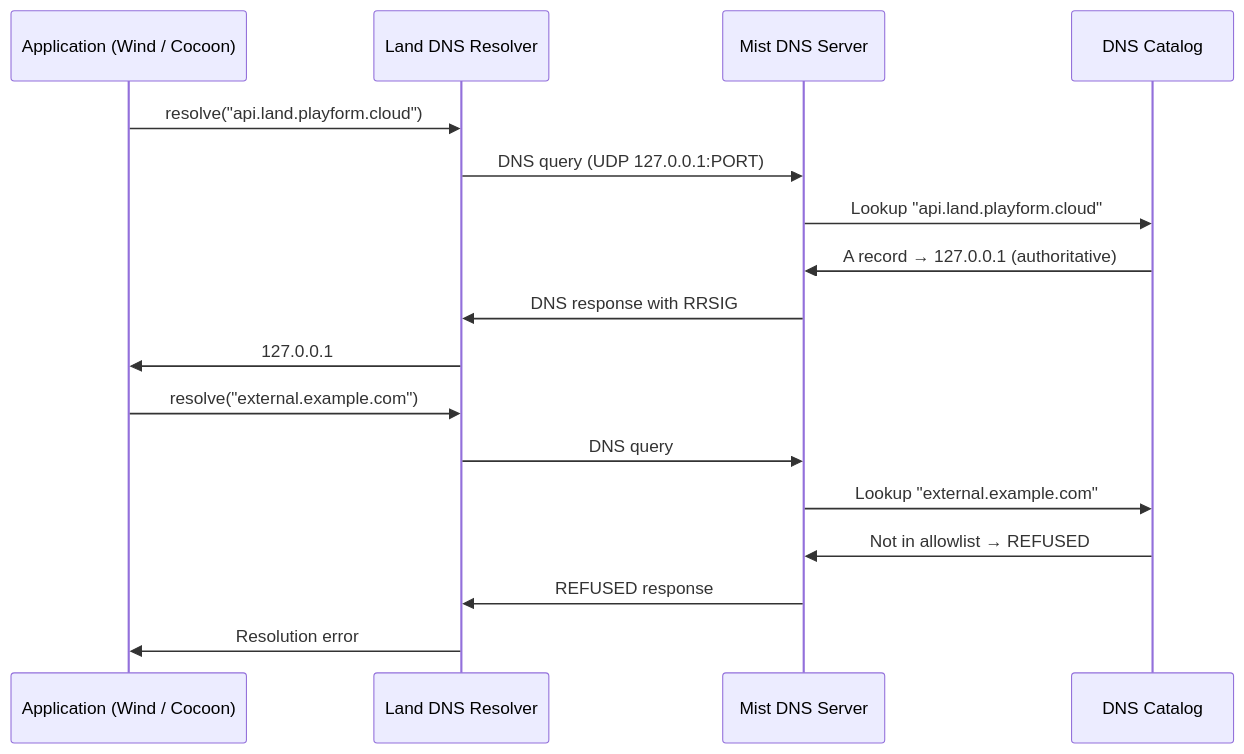
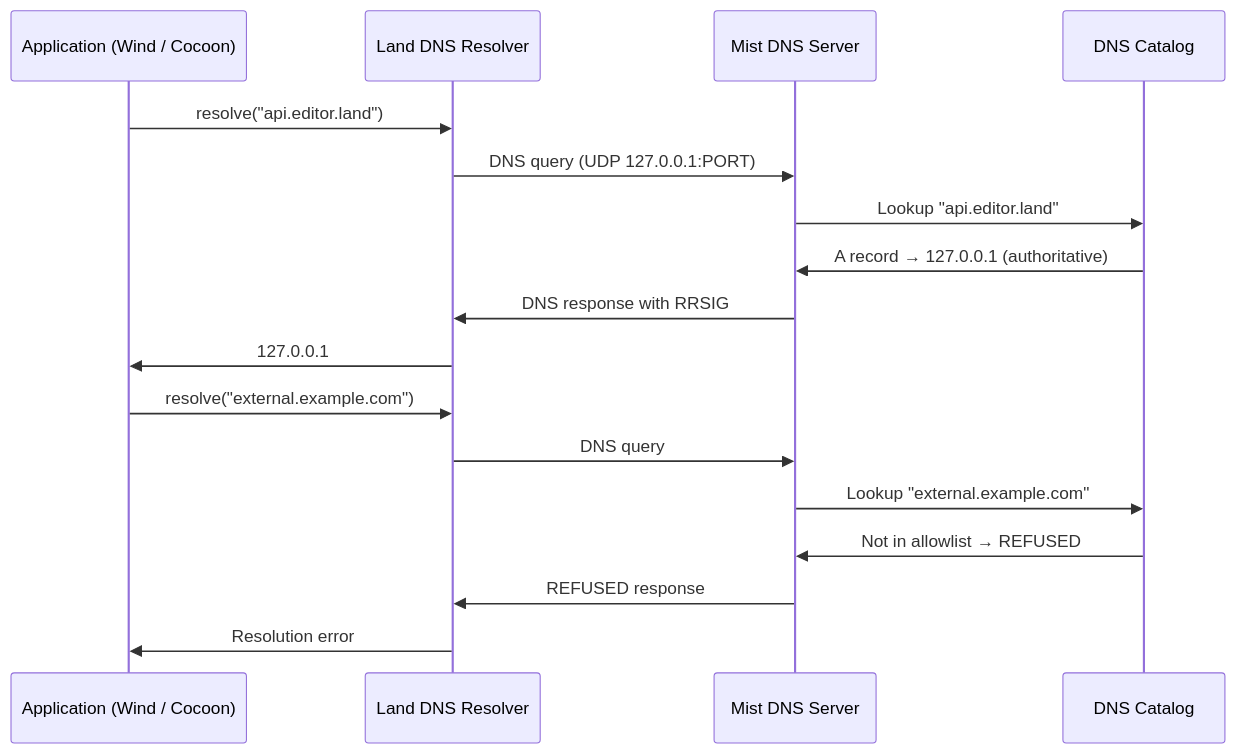
The second of 2 diagrams in Documentation/GitHub/DeepDive.md (CodeEditorLand/Mist), drawn with Mermaid before and after one commit. The commit also changed other lines of this file and 7 other files, not shown here.

First line of the commit message:
fix(Mist): Reconcile domain references with active land.playform.cloud

````diff
--- a/Documentation/GitHub/DeepDive.md
+++ b/Documentation/GitHub/DeepDive.md
@@ -69,21 +72,21 @@
 ```mermaid
 sequenceDiagram
     participant App as Application (Wind / Cocoon)
     participant Resolver as Land DNS Resolver
     participant MistServer as Mist DNS Server
     participant Catalog as DNS Catalog
 
-    App->>Resolver: resolve("api.land.playform.cloud")
+    App->>Resolver: resolve("api.editor.land")
     Resolver->>MistServer: DNS query (UDP 127.0.0.1:PORT)
-    MistServer->>Catalog: Lookup "api.land.playform.cloud"
+    MistServer->>Catalog: Lookup "api.editor.land"
     Catalog->>MistServer: A record → 127.0.0.1 (authoritative)
     MistServer->>Resolver: DNS response with RRSIG
     Resolver->>App: 127.0.0.1
 
     App->>Resolver: resolve("external.example.com")
     Resolver->>MistServer: DNS query
     MistServer->>Catalog: Lookup "external.example.com"
     Catalog->>MistServer: Not in allowlist → REFUSED
     MistServer->>Resolver: REFUSED response
     Resolver->>App: Resolution error
 ```
````
